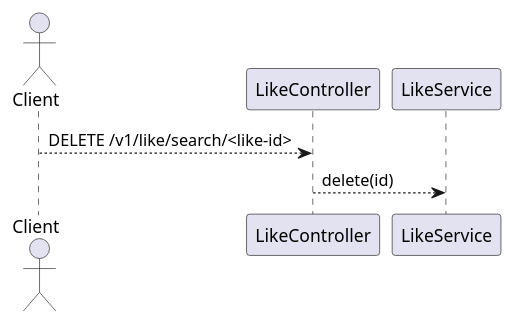
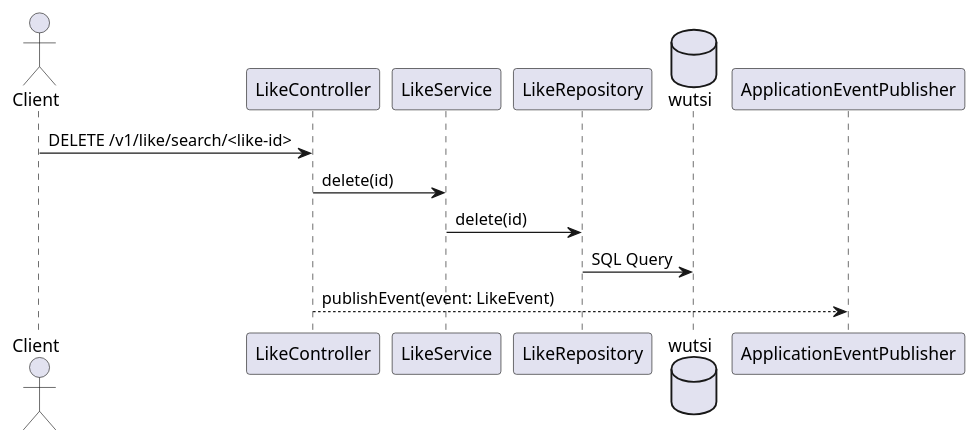
Before and after one commit to wutsi/wutsi.github.io: the second of 2 diagrams in architecture/wutsi-blog-service/like.md, drawn with PlantUML. The commit also changed other lines of this file and 1 other file, not shown here.

Commit message:
add sequence diagram

````diff
--- a/architecture/wutsi-blog-service/like.md
+++ b/architecture/wutsi-blog-service/like.md
@@ -17,8 +23,13 @@
 ``` plantuml
 @startuml
 Actor Client
 
-Client --> LikeController: DELETE /v1/like/search/<like-id>
-LikeController --> LikeService: delete(id)
+Client -> LikeController: DELETE /v1/like/search/<like-id>
+LikeController -> LikeService: delete(id)
+LikeService -> LikeRepository: delete(id)
+database wutsi
+LikeRepository -> wutsi: SQL Query
+
+LikeController --> ApplicationEventPublisher: publishEvent(event: LikeEvent)
 @enduml
 ```
````
